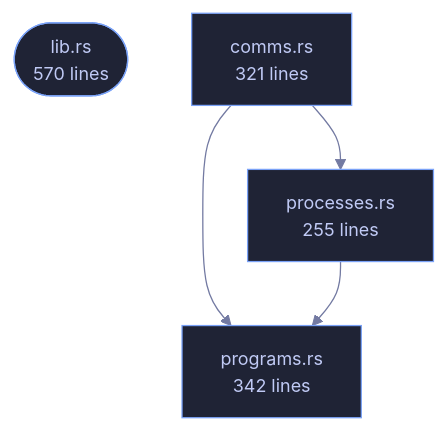
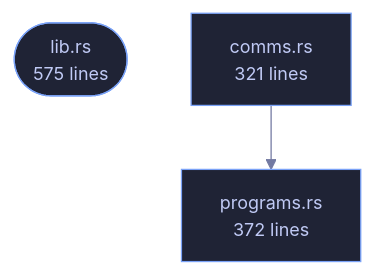
Before and after one commit to tilas01/veilvoice: the diagram in crates/veilvoice-capture/README.md, drawn with Mermaid. The commit also changed other lines of this file and 76 other files, not shown here.

````diff
--- a/crates/veilvoice-capture/README.md
+++ b/crates/veilvoice-capture/README.md
@@ -106,15 +106,11 @@
 ```mermaid
 %%{init: {"theme":"base","themeVariables":{"background":"#1a1b26","primaryColor":"#1f2335","primaryTextColor":"#c0caf5","primaryBorderColor":"#7aa2f7","secondaryColor":"#16161e","tertiaryColor":"#16161e","lineColor":"#737aa2","textColor":"#c0caf5","mainBkg":"#1f2335","nodeBorder":"#7aa2f7","clusterBkg":"#16161e","clusterBorder":"#2f3549","fontFamily":"ui-monospace, SFMono-Regular, Consolas, monospace","fontSize":"14px"}}}%%
 flowchart TD
-    n_lib(["lib.rs<br/>570 lines"])
+    n_lib(["lib.rs<br/>575 lines"])
     n_comms["comms.rs<br/>321 lines"]
-    n_processes["processes.rs<br/>255 lines"]
-    n_programs["programs.rs<br/>342 lines"]
-    n_comms --> n_processes
+    n_programs["programs.rs<br/>372 lines"]
     n_comms --> n_programs
-    n_processes --> n_programs
     click n_lib href "https://github.com/tilas01/veilvoice/blob/main/crates/veilvoice-capture/src/lib.rs" "open the source"
     click n_comms href "https://github.com/tilas01/veilvoice/blob/main/crates/veilvoice-capture/src/comms.rs" "open the source"
-    click n_processes href "https://github.com/tilas01/veilvoice/blob/main/crates/veilvoice-capture/src/processes.rs" "open the source"
     click n_programs href "https://github.com/tilas01/veilvoice/blob/main/crates/veilvoice-capture/src/programs.rs" "open the source"
 ```
````
